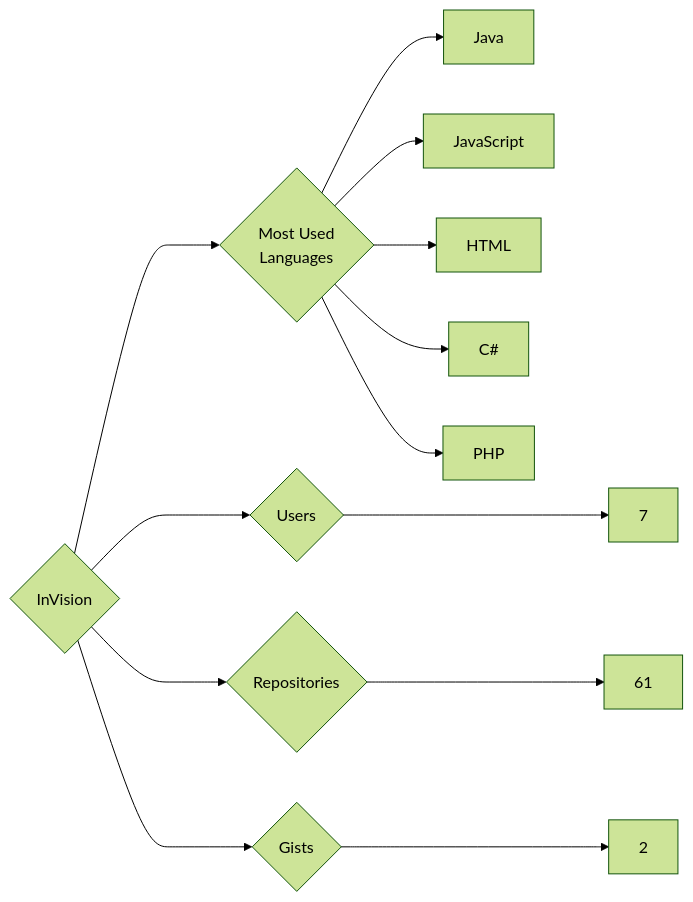
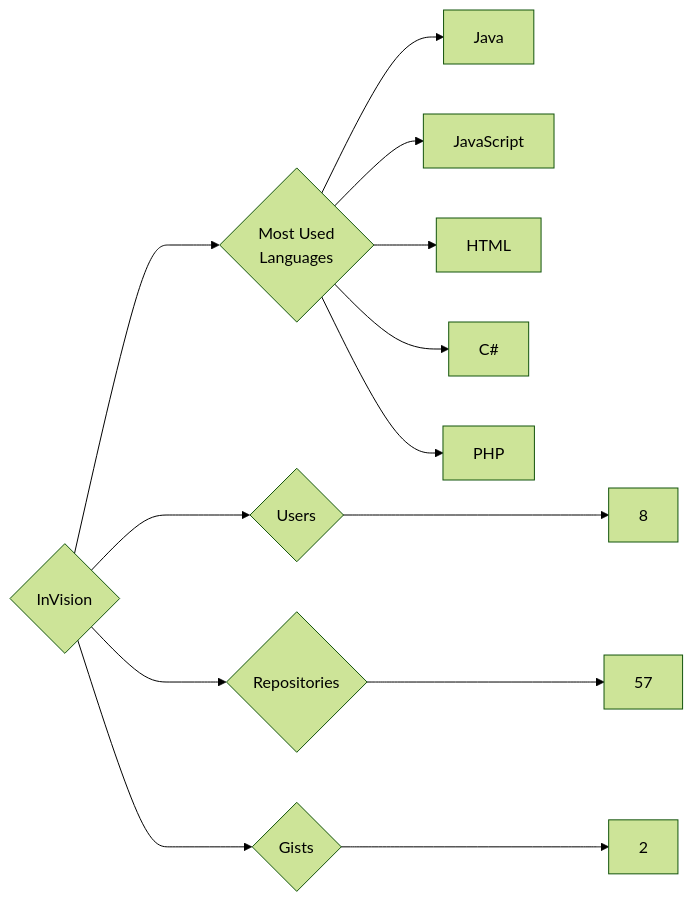
One commit to trickest/insiders changed the diagram in targets/InVision/README.md. Above: the diagram before and after it, drawn with Mermaid (forest theme). The commit also changed 997 other files, not shown here.

````diff
--- a/targets/InVision/README.md
+++ b/targets/InVision/README.md
@@ -3,13 +3,13 @@
 ```mermaid
 graph LR
 COMPANY_NAME{InVision}
-COMPANY_NAME ---> U{Users} ---> UN[7]
-COMPANY_NAME ---> R{Repositories} ---> RN[61]
+COMPANY_NAME ---> U{Users} ---> UN[8]
+COMPANY_NAME ---> R{Repositories} ---> RN[57]
 COMPANY_NAME ---> G{Gists} ---> GN[2]
 COMPANY_NAME ---> ML{Most Used<br>Languages}
 ML --> Java[Java]
 ML --> JavaScript[JavaScript]
 ML --> HTML[HTML]
 ML --> C#[C#]
 ML --> PHP[PHP]
 ```
````
